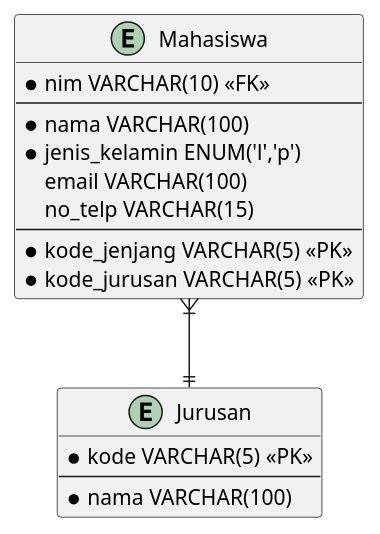
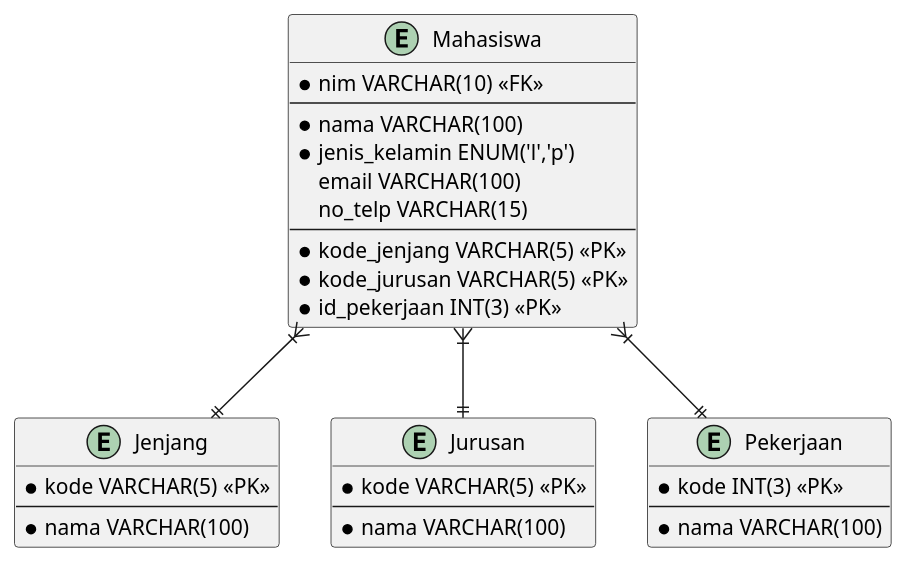
Before and after one commit to fajar-ab/pemrograman-web-dua-scmp: the diagram in tugas-01/database/tabel_relasi.plantuml, drawn with PlantUML.

Commit message:
tugas-01 - uml table relasi

```diff
--- a/tugas-01/database/tabel_relasi.plantuml
+++ b/tugas-01/database/tabel_relasi.plantuml
@@ -1,23 +1,39 @@
 @startuml
 
 entity Mahasiswa {
   * nim VARCHAR(10) <<FK>>
   ---
   * nama VARCHAR(100)
   * jenis_kelamin ENUM('l','p')
   email VARCHAR(100)
   no_telp VARCHAR(15)
   ---
   * kode_jenjang VARCHAR(5) <<PK>>
   * kode_jurusan VARCHAR(5) <<PK>>
+  * id_pekerjaan INT(3) <<PK>>
+}
+
+entity Jenjang {
+  * kode VARCHAR(5) <<PK>>
+  --
+  * nama VARCHAR(100)
 }
 
 entity Jurusan {
   * kode VARCHAR(5) <<PK>>
   --
   * nama VARCHAR(100)
 }
 
+
+entity Pekerjaan {
+  * kode INT(3) <<PK>>
+  --
+  * nama VARCHAR(100)
+}
+
+Mahasiswa }|--|| Jenjang
 Mahasiswa }|--|| Jurusan
+Mahasiswa }|--|| Pekerjaan
 
 @enduml
```
